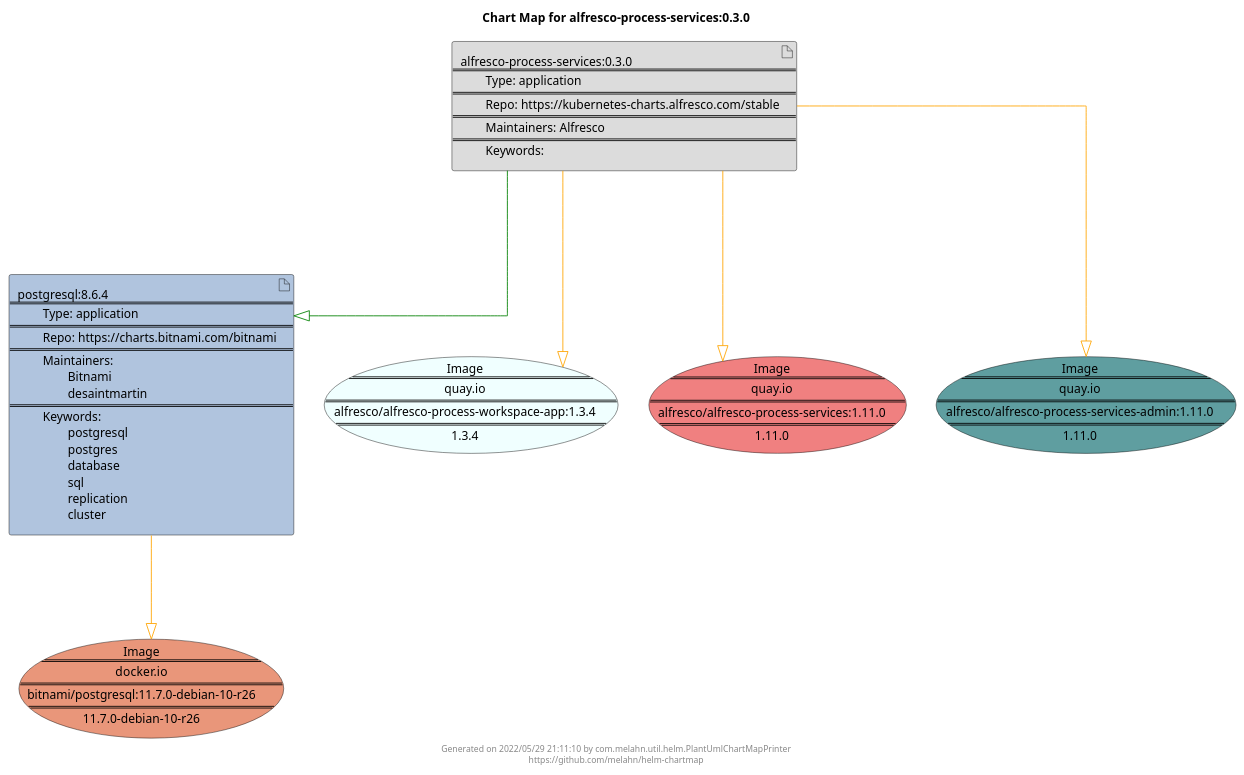
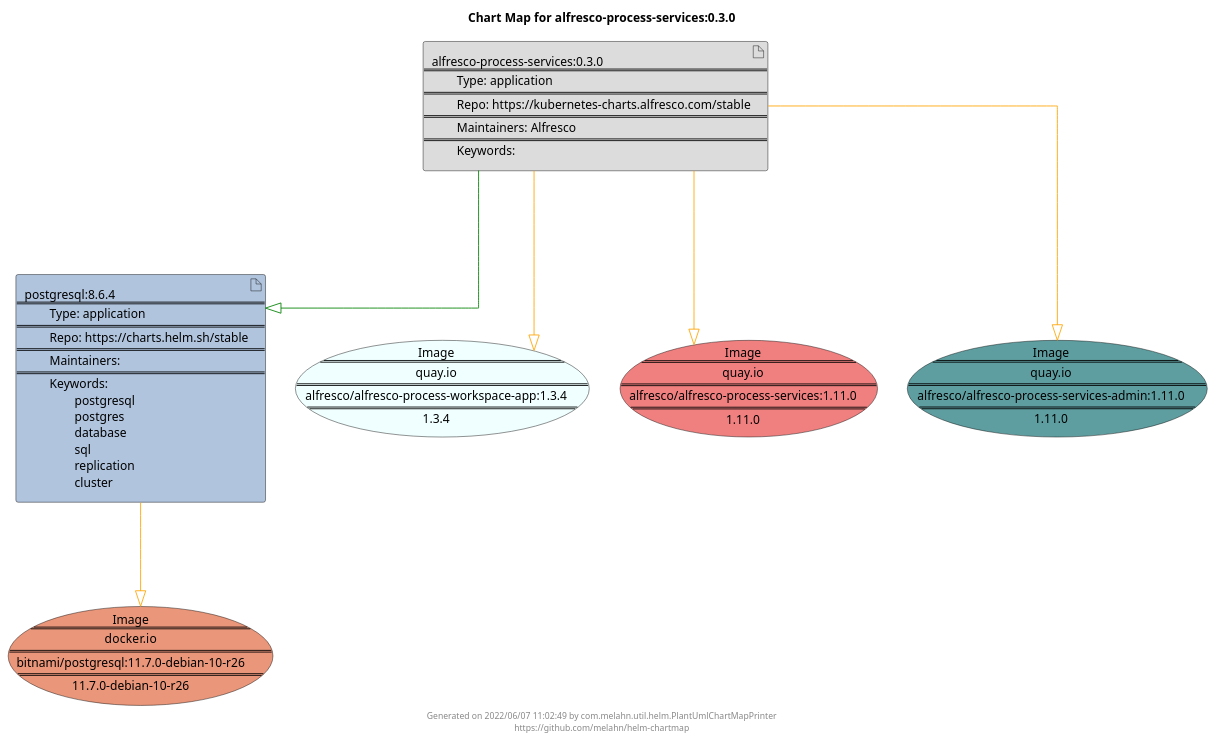
One commit to melahn/helm-chartmap changed the diagram in docs/alfresco-process-services/alfresco-process-services-0.3.0.puml. Above: the diagram before and after it, drawn with PlantUML. The commit also changed 62 other files, not shown here.

Commit message:
Update Example Chart Maps as part of GitHub build

```diff
--- a/docs/alfresco-process-services/alfresco-process-services-0.3.0.puml
+++ b/docs/alfresco-process-services/alfresco-process-services-0.3.0.puml
@@ -1,29 +1,29 @@
 @startuml
 skinparam linetype ortho
 skinparam backgroundColor white
 skinparam usecaseBorderColor black
 skinparam usecaseArrowColor LightSlateGray
 skinparam artifactBorderColor black
 skinparam artifactArrowColor LightSlateGray
 
 title Chart Map for alfresco-process-services:0.3.0
 
 'There are 2 referenced Helm Charts
 artifact "alfresco-process-services:0.3.0\n====\n\tType: application\n====\n\tRepo: https://kubernetes-charts.alfresco.com/stable\n====\n\tMaintainers: Alfresco\n====\n\tKeywords: " as alfresco_process_services_0_3_0 #Gainsboro
-artifact "postgresql:8.6.4\n====\n\tType: application\n====\n\tRepo: https://charts.bitnami.com/bitnami\n====\n\tMaintainers: \n\t\tBitnami\n\t\tdesaintmartin\n====\n\tKeywords: \n\t\tpostgresql\n\t\tpostgres\n\t\tdatabase\n\t\tsql\n\t\treplication\n\t\tcluster" as postgresql_8_6_4 #LightSteelBlue
+artifact "postgresql:8.6.4\n====\n\tType: application\n====\n\tRepo: https://charts.helm.sh/stable\n====\n\tMaintainers: \n====\n\tKeywords: \n\t\tpostgresql\n\t\tpostgres\n\t\tdatabase\n\t\tsql\n\t\treplication\n\t\tcluster" as postgresql_8_6_4 #LightSteelBlue
 
 'There are 4 referenced Docker Images
 usecase "Image\n====\nquay.io\n====\nalfresco/alfresco-process-workspace-app:1.3.4\n====\n1.3.4" as quay_io_alfresco_alfresco_process_workspace_app_1_3_4 #Azure
 usecase "Image\n====\nquay.io\n====\nalfresco/alfresco-process-services:1.11.0\n====\n1.11.0" as quay_io_alfresco_alfresco_process_services_1_11_0 #LightCoral
 usecase "Image\n====\nquay.io\n====\nalfresco/alfresco-process-services-admin:1.11.0\n====\n1.11.0" as quay_io_alfresco_alfresco_process_services_admin_1_11_0 #CadetBlue
 usecase "Image\n====\ndocker.io\n====\nbitnami/postgresql:11.7.0-debian-10-r26\n====\n11.7.0-debian-10-r26" as docker_io_bitnami_postgresql_11_7_0_debian_10_r26 #DarkSalmon
 
 'Chart Dependencies
 alfresco_process_services_0_3_0--[#green]-|>postgresql_8_6_4
 alfresco_process_services_0_3_0--[#orange]-|>quay_io_alfresco_alfresco_process_services_admin_1_11_0
 alfresco_process_services_0_3_0--[#orange]-|>quay_io_alfresco_alfresco_process_workspace_app_1_3_4
 alfresco_process_services_0_3_0--[#orange]-|>quay_io_alfresco_alfresco_process_services_1_11_0
 postgresql_8_6_4--[#orange]-|>docker_io_bitnami_postgresql_11_7_0_debian_10_r26
 
-center footer Generated on 2022/05/29 21:11:10 by com.melahn.util.helm.PlantUmlChartMapPrinter\nhttps://github.com/melahn/helm-chartmap
+center footer Generated on 2022/06/07 11:02:49 by com.melahn.util.helm.PlantUmlChartMapPrinter\nhttps://github.com/melahn/helm-chartmap
 @enduml
```
